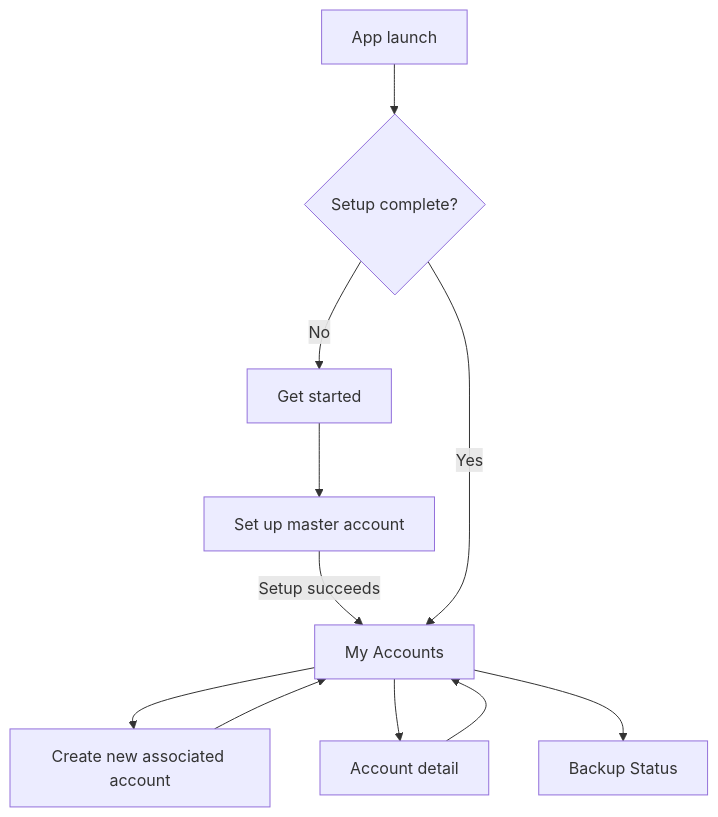
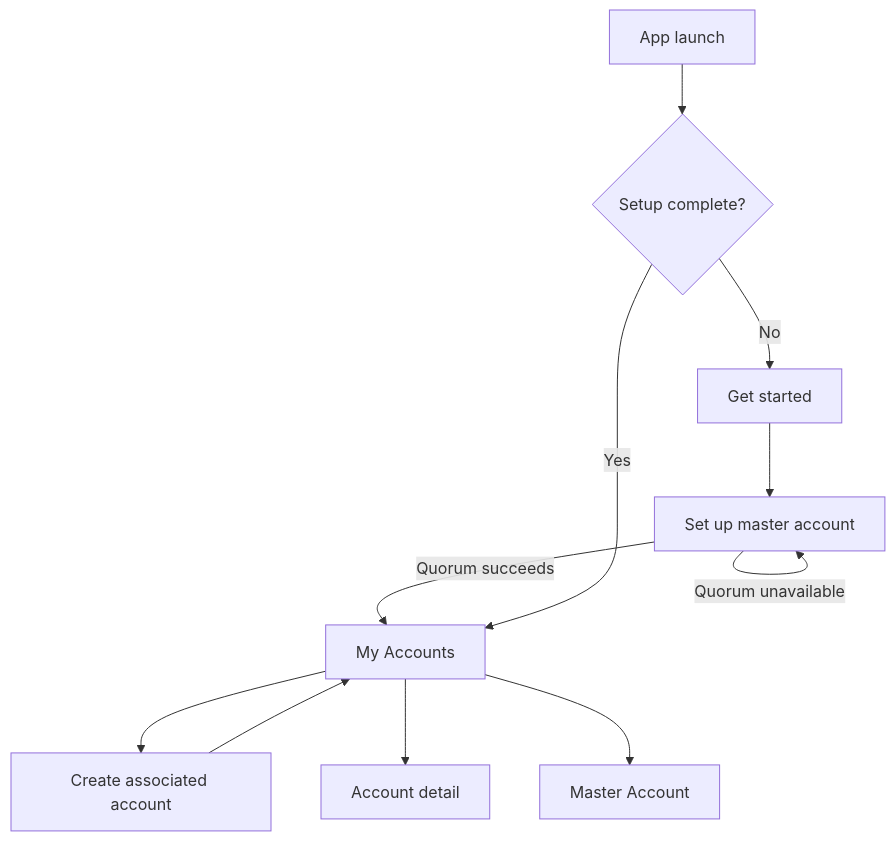
Before and after one commit to ZenTenApp/vault-kotlin: the diagram in docs/stakeholder/screens-and-states.md, drawn with Mermaid. The commit also changed other lines of this file and 53 other files, not shown here.

Commit message:
feat(backup): consolidate account backup and recovery sources

````diff
--- a/docs/stakeholder/screens-and-states.md
+++ b/docs/stakeholder/screens-and-states.md
@@ -16,13 +18,13 @@
 ```mermaid
 flowchart TD
     R[App launch] --> S{Setup complete?}
     S -- No --> G[Get started]
     G --> M[Set up master account]
-    M -- Setup succeeds --> A[My Accounts]
+    M -- Quorum succeeds --> A[My Accounts]
+    M -- Quorum unavailable --> M
     S -- Yes --> A
-    A --> N[Create new associated account]
+    A --> N[Create associated account]
     N --> A
     A --> D[Account detail]
-    D --> A
-    A --> B[Backup Status]
+    A --> MA[Master Account]
 ```
````
